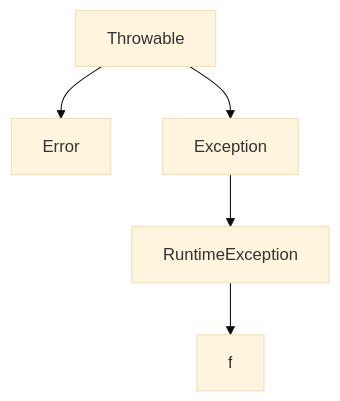
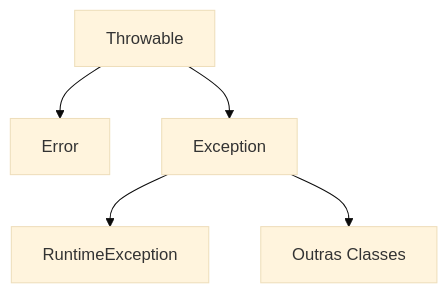
One commit to mrother/fatec changed the diagram in 4sem/POO/2019-06-03_Exceção.md. Above: the diagram before and after it, drawn with Mermaid (base theme). The commit also changed other lines of this file, not shown here.

````diff
--- a/4sem/POO/2019-06-03_Exceção.md
+++ b/4sem/POO/2019-06-03_Exceção.md
@@ -51,9 +51,8 @@
 ```mermaid
 graph TD
     B[Throwable]
     B-->C[Error]
     B-->D[Exception];
     D-->E[RuntimeException]
-    E-->f
-    
+    D-->F[Outras Classes]
 ```
````
